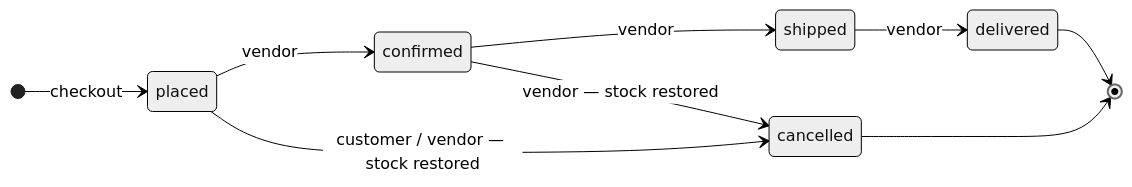
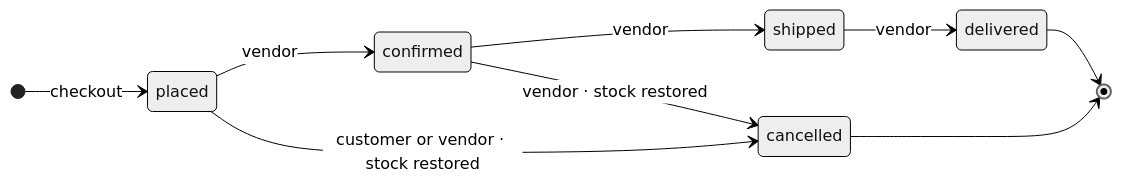
Before and after one commit to SuprabhSharma/Tavilo-eCommerce: the seventh of 13 diagrams in README.md, drawn with Mermaid (neutral theme). The commit also changed other lines of this file and 4 other files, not shown here.

````diff
--- a/README.md
+++ b/README.md
@@ -182,12 +304,12 @@
 ```mermaid
 stateDiagram-v2
     direction LR
     [*] --> placed: checkout
     placed --> confirmed: vendor
     confirmed --> shipped: vendor
     shipped --> delivered: vendor
-    placed --> cancelled: customer / vendor — stock restored
-    confirmed --> cancelled: vendor — stock restored
+    placed --> cancelled: customer or vendor · stock restored
+    confirmed --> cancelled: vendor · stock restored
     delivered --> [*]
     cancelled --> [*]
 ```
````
